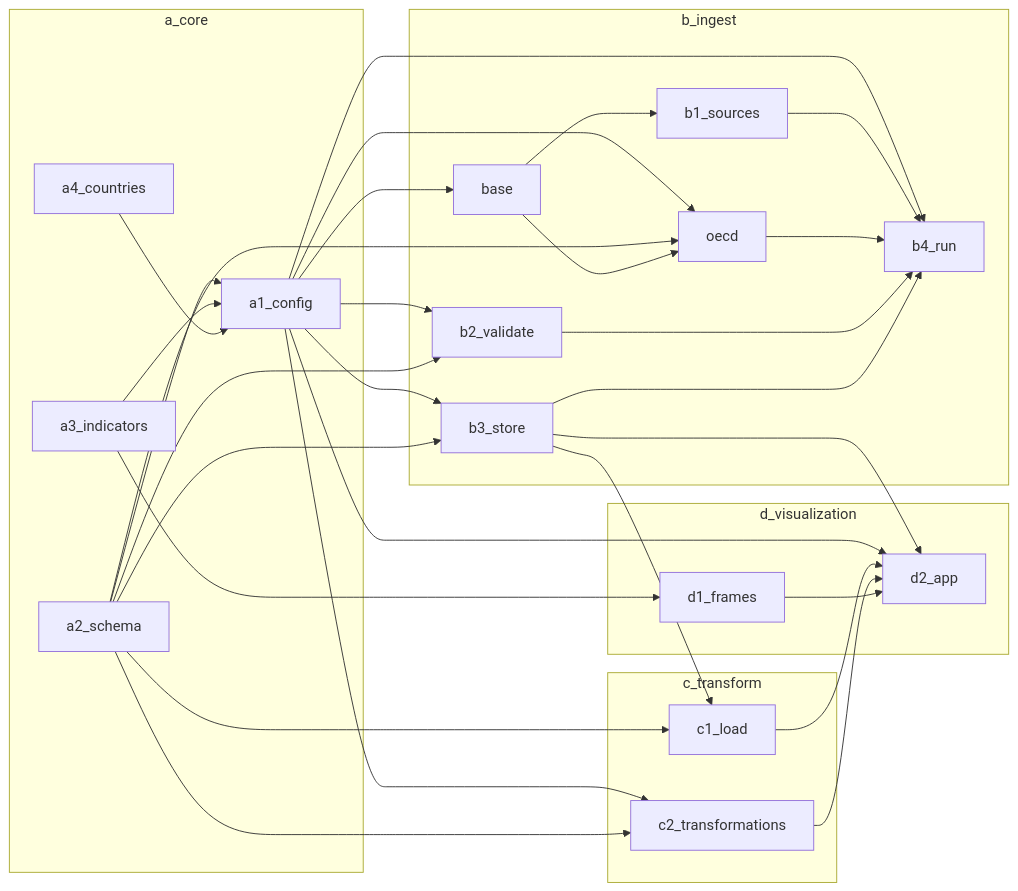
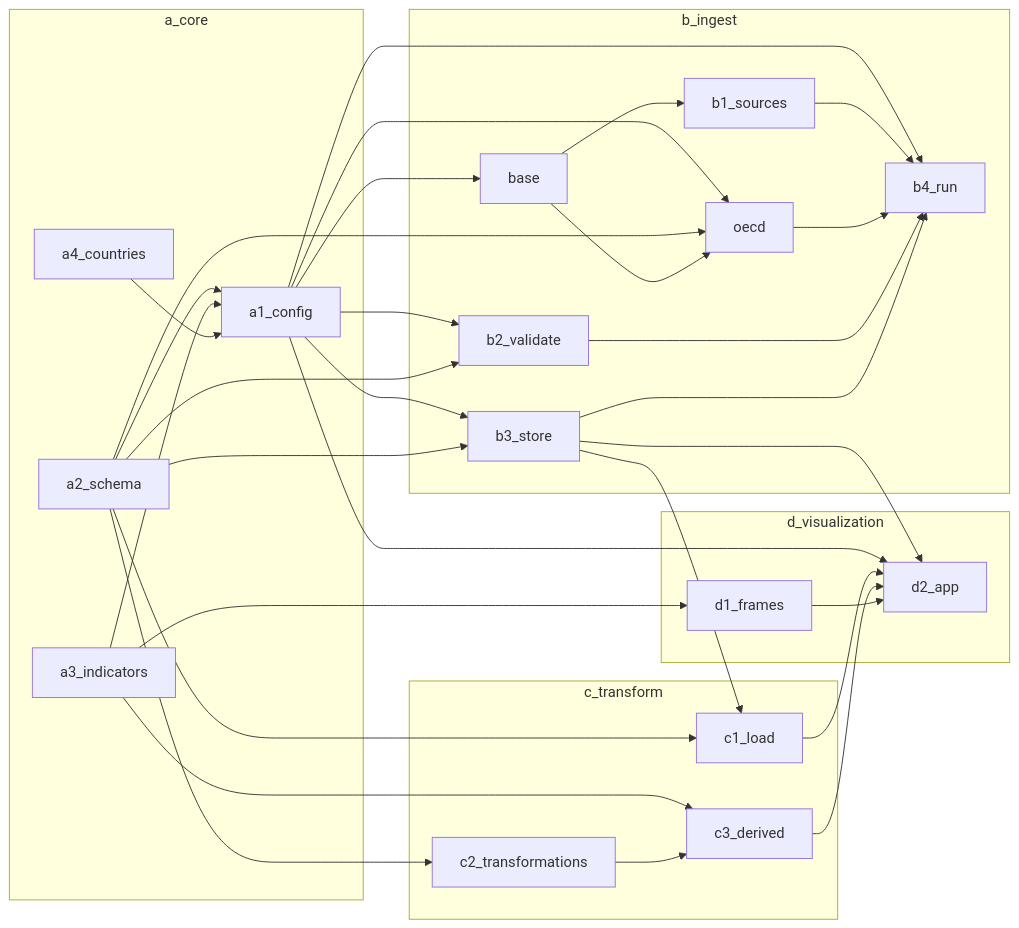
Before and after one commit to bsawyerg15/MacroScan: the first of 16 diagrams in docs/architecture.md, drawn with Mermaid. The commit also changed other lines of this file and 9 other files, not shown here.

````diff
--- a/docs/architecture.md
+++ b/docs/architecture.md
@@ -7,66 +7,69 @@
 ```mermaid
 flowchart LR
   subgraph a_core
     a_core_a1_config["a1_config"]
     a_core_a2_schema["a2_schema"]
     a_core_a3_indicators["a3_indicators"]
     a_core_a4_countries["a4_countries"]
   end
   subgraph b_ingest
     b_ingest_b1_sources["b1_sources"]
     b_ingest_b1_sources_base["base"]
     b_ingest_b1_sources_oecd["oecd"]
     b_ingest_b2_validate["b2_validate"]
     b_ingest_b3_store["b3_store"]
     b_ingest_b4_run["b4_run"]
   end
   subgraph c_transform
     c_transform_c1_load["c1_load"]
     c_transform_c2_transformations["c2_transformations"]
+    c_transform_c3_derived["c3_derived"]
   end
   subgraph d_visualization
     d_visualization_d1_frames["d1_frames"]
     d_visualization_d2_app["d2_app"]
   end
   a_core_a2_schema --> a_core_a1_config
   a_core_a3_indicators --> a_core_a1_config
   a_core_a4_countries --> a_core_a1_config
   b_ingest_b1_sources_base --> b_ingest_b1_sources
   a_core_a1_config --> b_ingest_b1_sources_base
   a_core_a1_config --> b_ingest_b1_sources_oecd
   a_core_a2_schema --> b_ingest_b1_sources_oecd
   b_ingest_b1_sources_base --> b_ingest_b1_sources_oecd
   a_core_a1_config --> b_ingest_b2_validate
   a_core_a2_schema --> b_ingest_b2_validate
   a_core_a1_config --> b_ingest_b3_store
   a_core_a2_schema --> b_ingest_b3_store
   a_core_a1_config --> b_ingest_b4_run
   b_ingest_b1_sources --> b_ingest_b4_run
   b_ingest_b1_sources_oecd --> b_ingest_b4_run
   b_ingest_b2_validate --> b_ingest_b4_run
   b_ingest_b3_store --> b_ingest_b4_run
   a_core_a2_schema --> c_transform_c1_load
   b_ingest_b3_store --> c_transform_c1_load
-  a_core_a1_config --> c_transform_c2_transformations
   a_core_a2_schema --> c_transform_c2_transformations
+  a_core_a3_indicators --> c_transform_c3_derived
+  c_transform_c2_transformations --> c_transform_c3_derived
   a_core_a3_indicators --> d_visualization_d1_frames
   a_core_a1_config --> d_visualization_d2_app
   b_ingest_b3_store --> d_visualization_d2_app
   c_transform_c1_load --> d_visualization_d2_app
-  c_transform_c2_transformations --> d_visualization_d2_app
+  c_transform_c3_derived --> d_visualization_d2_app
   d_visualization_d1_frames --> d_visualization_d2_app
   click a_core_a1_config href "#mod-a_core-a1_config"
   click a_core_a2_schema href "#mod-a_core-a2_schema"
   click a_core_a3_indicators href "#mod-a_core-a3_indicators"
   click a_core_a4_countries href "#mod-a_core-a4_countries"
   click b_ingest_b1_sources href "#mod-b_ingest-b1_sources"
   click b_ingest_b1_sources_base href "#mod-b_ingest-b1_sources-base"
   click b_ingest_b1_sources_oecd href "#mod-b_ingest-b1_sources-oecd"
   click b_ingest_b2_validate href "#mod-b_ingest-b2_validate"
   click b_ingest_b3_store href "#mod-b_ingest-b3_store"
   click b_ingest_b4_run href "#mod-b_ingest-b4_run"
   click c_transform_c1_load href "#mod-c_transform-c1_load"
   click c_transform_c2_transformations href "#mod-c_transform-c2_transformations"
+  click c_transform_c3_derived href "#mod-c_transform-c3_derived"
   click d_visualization_d1_frames href "#mod-d_visualization-d1_frames"
   click d_visualization_d2_app href "#mod-d_visualization-d2_app"
 ```
````
